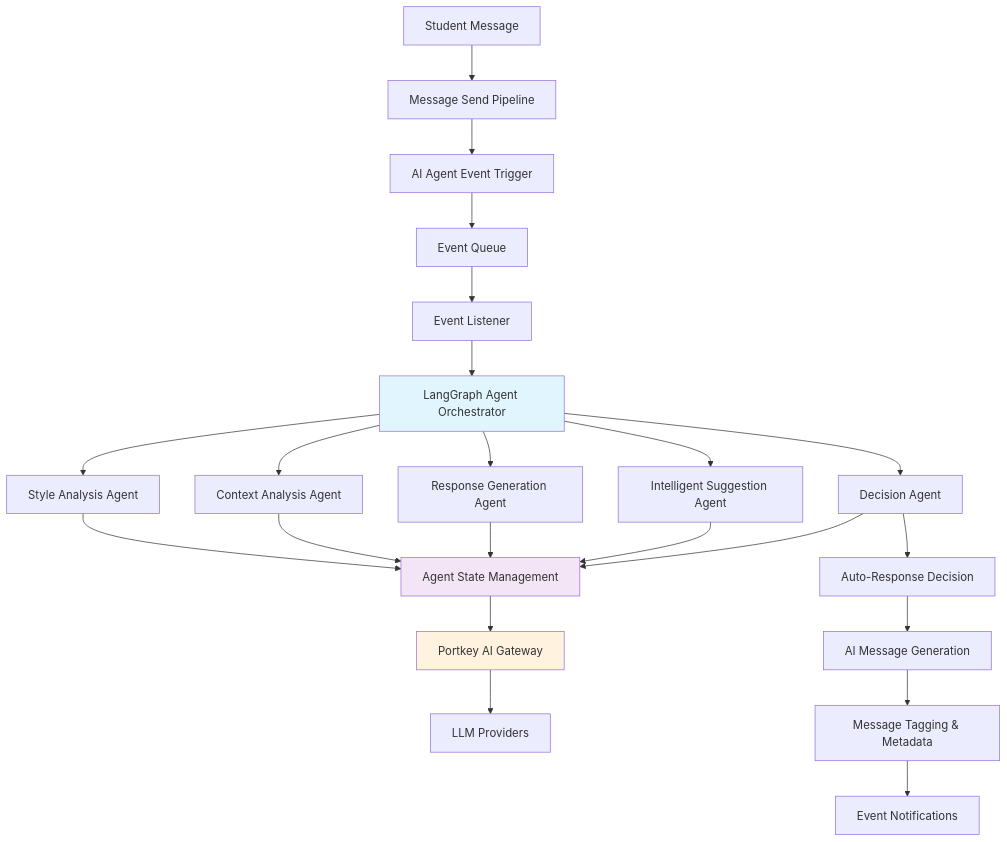
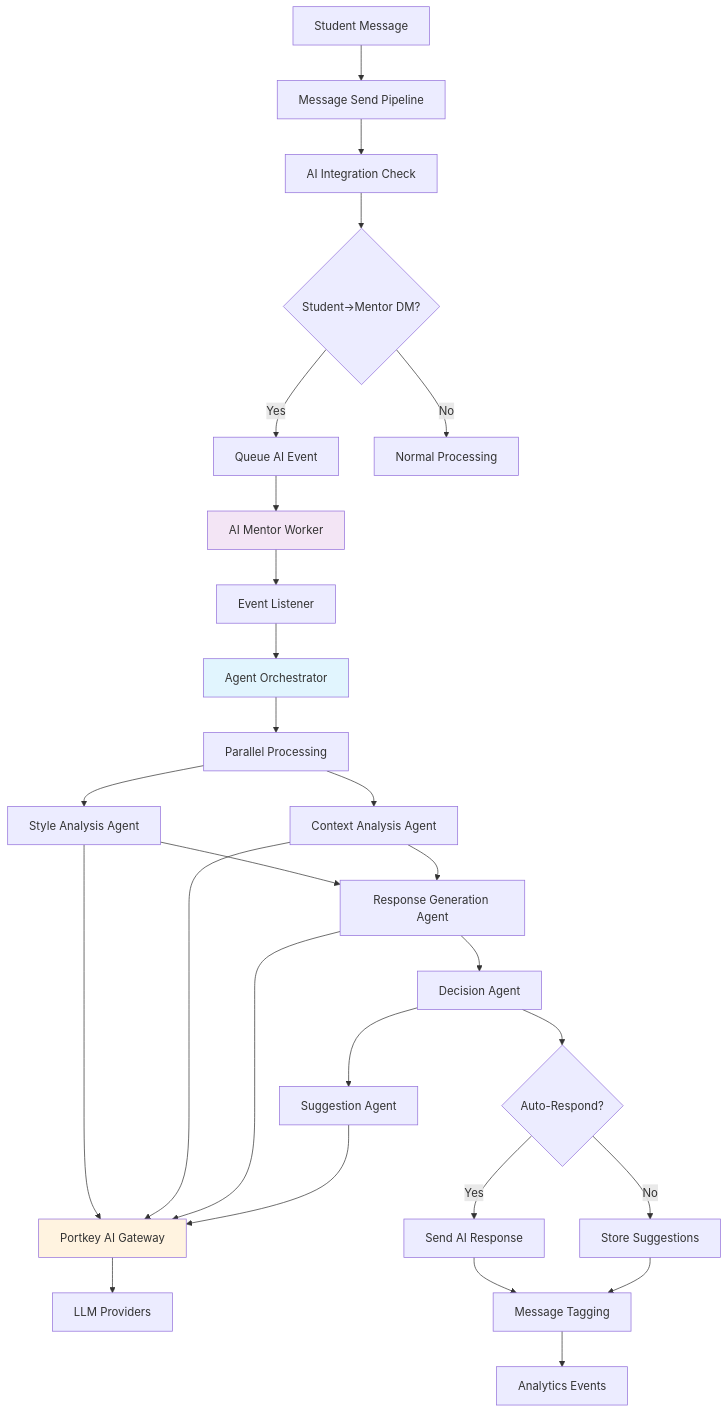
One commit to xandylearning/zulip changed the first of 14 diagrams in docs/development/ai agent/ai-agent-architecture.md. Above: the diagram before and after it, drawn with Mermaid. The commit also changed other lines of this file and 27 other files, not shown here.

First line of the commit message:
feat(ai-agent-system): implement comprehensive AI mentor system and related configurations

````diff
--- a/docs/development/ai agent/ai-agent-architecture.md
+++ b/docs/development/ai agent/ai-agent-architecture.md
@@ -11,32 +13,39 @@
 ```mermaid
 graph TB
     A[Student Message] --> B[Message Send Pipeline]
-    B --> C[AI Agent Event Trigger]
-    C --> D[Event Queue]
-    D --> E[Event Listener]
-    E --> F[LangGraph Agent Orchestrator]
+    B --> C[AI Integration Check]
+    C --> D{Student→Mentor DM?}
+    D -->|Yes| E[Queue AI Event]
+    D -->|No| F[Normal Processing]
+    
+    E --> G[AI Mentor Worker]
+    G --> H[Event Listener]
+    H --> I[Agent Orchestrator]
 
-    F --> G[Style Analysis Agent]
-    F --> H[Context Analysis Agent]
-    F --> I[Response Generation Agent]
-    F --> J[Intelligent Suggestion Agent]
-    F --> K[Decision Agent]
+    I --> J[Parallel Processing]
+    J --> K[Style Analysis Agent]
+    J --> L[Context Analysis Agent]
+    
+    K --> M[Response Generation Agent]
+    L --> M
+    M --> N[Decision Agent]
+    N --> O[Suggestion Agent]
 
-    G --> L[Agent State Management]
-    H --> L
-    I --> L
-    J --> L
-    K --> L
+    K --> P[Portkey AI Gateway]
+    L --> P
+    M --> P
+    O --> P
+    P --> Q[LLM Providers]
 
-    L --> M[Portkey AI Gateway]
-    M --> N[LLM Providers]
+    N --> R{Auto-Respond?}
+    R -->|Yes| S[Send AI Response]
+    R -->|No| T[Store Suggestions]
+    
+    S --> U[Message Tagging]
+    T --> U
+    U --> V[Analytics Events]
 
-    K --> O[Auto-Response Decision]
-    O --> P[AI Message Generation]
-    P --> Q[Message Tagging & Metadata]
-    Q --> R[Event Notifications]
-
-    style F fill:#e1f5fe
-    style L fill:#f3e5f5
-    style M fill:#fff3e0
+    style I fill:#e1f5fe
+    style P fill:#fff3e0
+    style G fill:#f3e5f5
 ```
````
